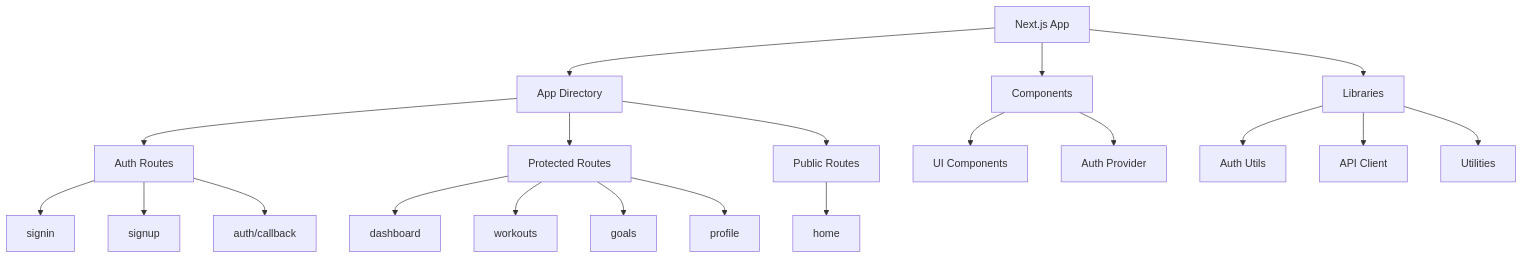
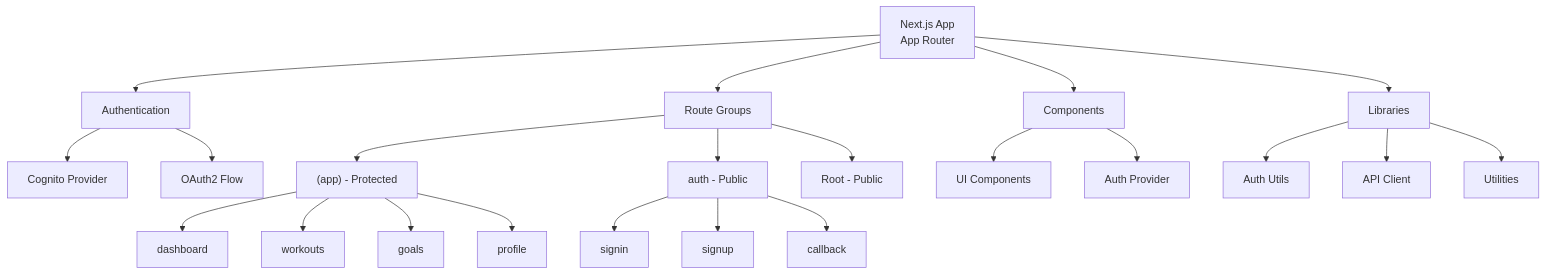
Before and after one commit to DigiAye/yourpace: the second of 4 diagrams in README.md, drawn with Mermaid. The commit also changed other lines of this file and 16 other files, not shown here.

````diff
--- a/README.md
+++ b/README.md
@@ -17,27 +83,29 @@
 ```mermaid
 graph TD
-    A["Next.js App"] --> B["App Directory"]
-    B --> C["Auth Routes"]
-    B --> D["Protected Routes"]
-    B --> E["Public Routes"]
+    A["Next.js App<br/>App Router"] --> B["Authentication"]
+    B --> B1["Cognito Provider"]
+    B --> B2["OAuth2 Flow"]
     
-    C --> C1["signin"]
-    C --> C2["signup"]
-    C --> C3["auth/callback"]
+    A --> C["Route Groups"]
+    C --> C1["(app) - Protected"]
+    C --> C2["auth - Public"]
+    C --> C3["Root - Public"]
     
-    D --> D1["dashboard"]
-    D --> D2["workouts"]
-    D --> D3["goals"]
-    D --> D4["profile"]
+    C1 --> C1a["dashboard"]
+    C1 --> C1b["workouts"]
+    C1 --> C1c["goals"]
+    C1 --> C1d["profile"]
     
-    E --> E1["home"]
+    C2 --> C2a["signin"]
+    C2 --> C2b["signup"]
+    C2 --> C2c["callback"]
     
-    A --> F["Components"]
-    F --> F1["UI Components"]
-    F --> F2["Auth Provider"]
+    A --> D["Components"]
+    D --> D1["UI Components"]
+    D --> D2["Auth Provider"]
     
-    A --> G["Libraries"]
-    G --> G1["Auth Utils"]
-    G --> G2["API Client"]
-    G --> G3["Utilities"]
+    A --> E["Libraries"]
+    E --> E1["Auth Utils"]
+    E --> E2["API Client"]
+    E --> E3["Utilities"]
 ```
````
